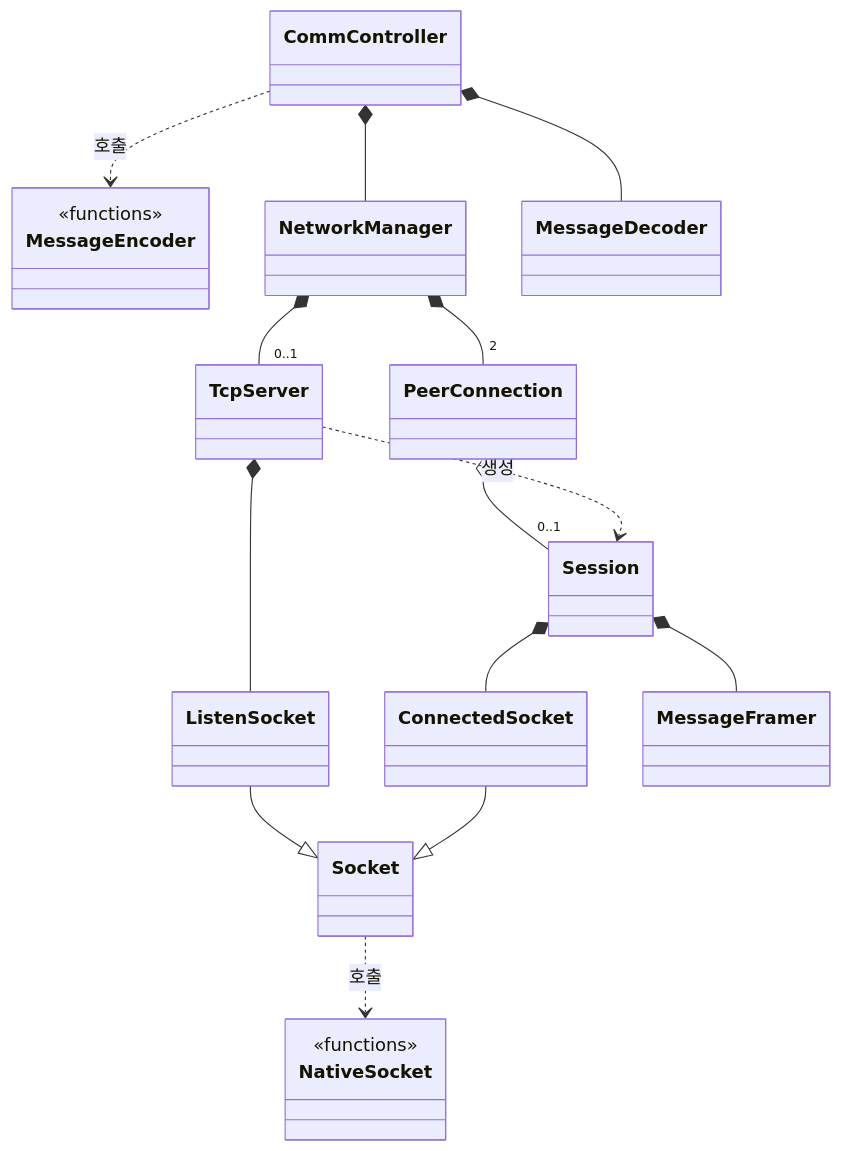
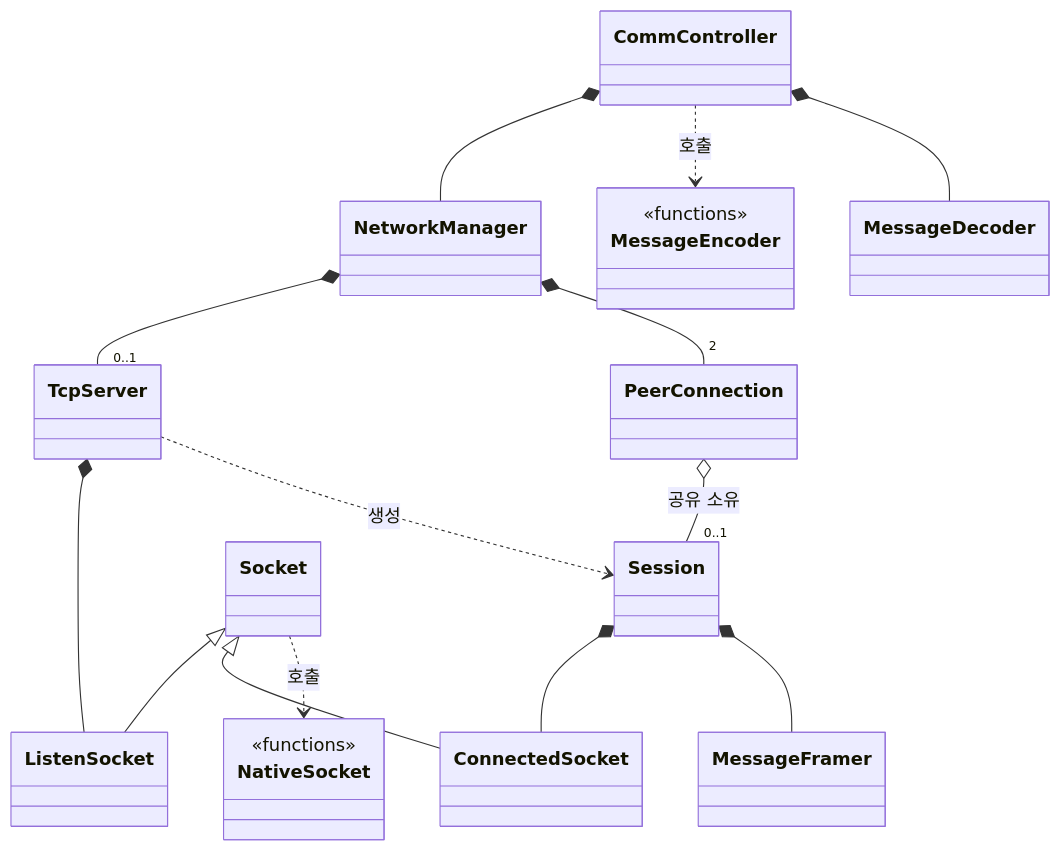
The diagram in src/comm/README.md (AESAlien/aesa-processor), drawn with Mermaid before and after one commit. The commit also changed 2 other files, not shown here.

Commit message:
docs: 빔, 타겟, 통신 모듈 README 다이어그램 정비
- 빔과 타겟 모듈의 입출력 인터페이스를 컨트롤러 공개 메서드 중심으로 정리
- 빔과 타겟 모듈에 주요 클래스의 소유 및 상속 관계를 보여주는 다이어그램 추가
- 통신 모듈의 다이어그램에서 세션의 공유 소유 관계를 명시하고 기반 클래스인 Socket을 위에 배치

````diff
--- a/src/comm/README.md
+++ b/src/comm/README.md
@@ -5,24 +5,24 @@
 ```mermaid
 classDiagram
     direction TB
     class MessageEncoder {
         <<functions>>
     }
     class NativeSocket {
         <<functions>>
     }
 
     CommController *-- NetworkManager
     CommController ..> MessageEncoder : 호출
     CommController *-- MessageDecoder
     NetworkManager *-- "0..1" TcpServer
     NetworkManager *-- "2" PeerConnection
-    PeerConnection o-- "0..1" Session
+    PeerConnection o-- "0..1" Session : 공유 소유
+    TcpServer *-- ListenSocket
     TcpServer ..> Session : 생성
-    TcpServer *-- ListenSocket
     Session *-- ConnectedSocket
     Session *-- MessageFramer
-    ListenSocket --|> Socket
-    ConnectedSocket --|> Socket
+    Socket <|-- ListenSocket
+    Socket <|-- ConnectedSocket
     Socket ..> NativeSocket : 호출
 ```
````
